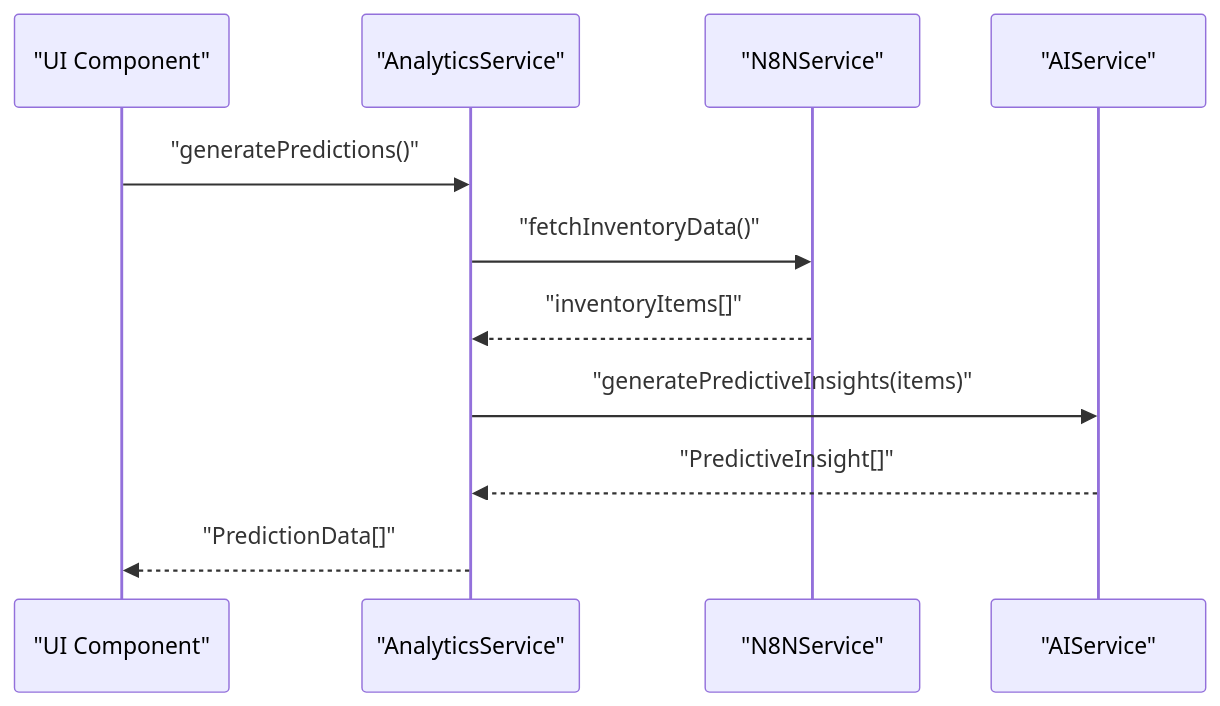
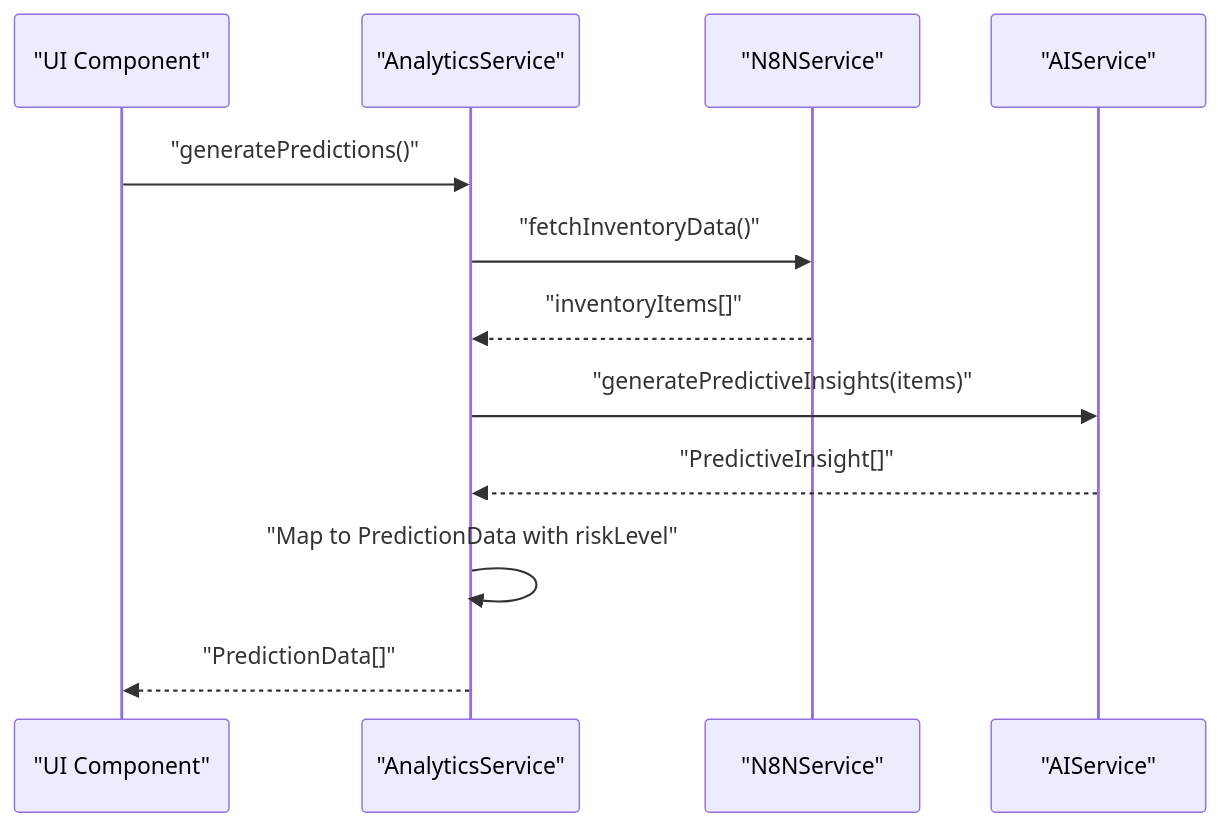
The second of 9 diagrams in .qoder/repowiki/en/content/Services Layer/Services Layer.md (cacamarica/dashboard-ai), drawn with Mermaid before and after one commit. The commit also changed other lines of this file and 14 other files, not shown here.

````diff
--- a/.qoder/repowiki/en/content/Services Layer/Services Layer.md
+++ b/.qoder/repowiki/en/content/Services Layer/Services Layer.md
@@ -126,13 +174,14 @@
 ```mermaid
 sequenceDiagram
 participant UI as "UI Component"
 participant SVC as "AnalyticsService"
 participant N8N as "N8NService"
 participant AI as "AIService"
 UI->>SVC : "generatePredictions()"
 SVC->>N8N : "fetchInventoryData()"
 N8N-->>SVC : "inventoryItems[]"
 SVC->>AI : "generatePredictiveInsights(items)"
 AI-->>SVC : "PredictiveInsight[]"
+SVC->>SVC : "Map to PredictionData with riskLevel"
 SVC-->>UI : "PredictionData[]"
 ```
````
